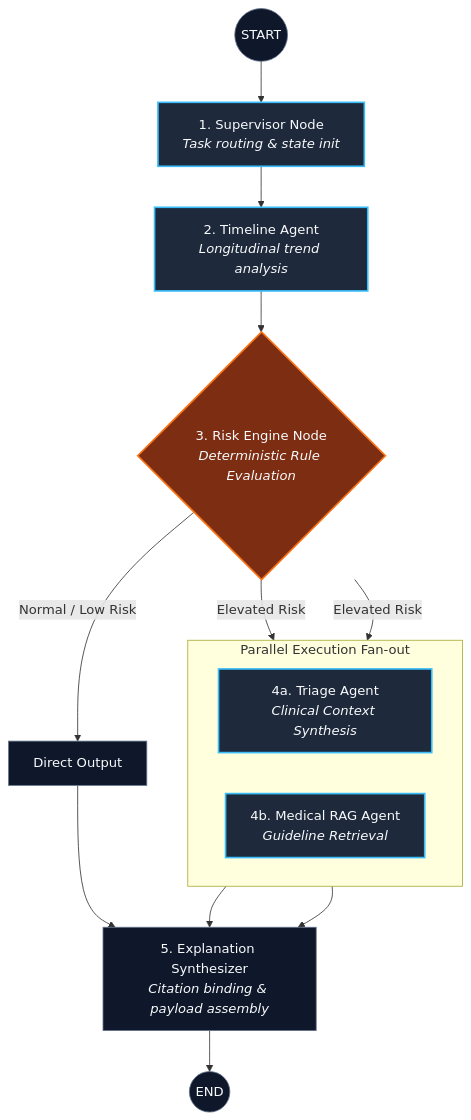
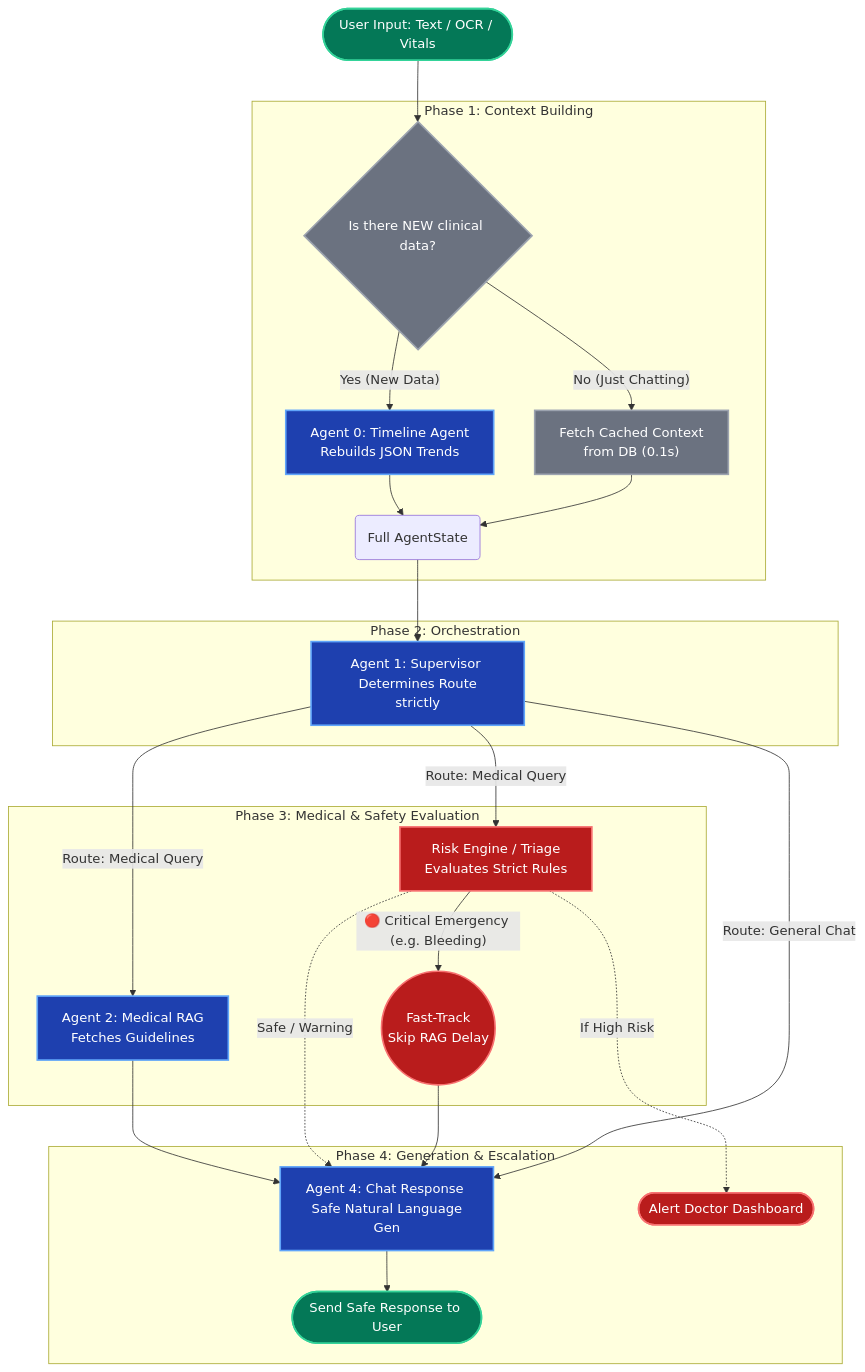
One commit to SayedELMASRY2/medical-system changed the diagram in docs/ai/multi-agent-architecture.md. Above: the diagram before and after it, drawn with Mermaid. The commit also changed other lines of this file and 8 other files, not shown here.

Commit message:
refactor: resolve full-stack schema conflicts and pivot to Timeline-First AI topology

````diff
--- a/docs/ai/multi-agent-architecture.md
+++ b/docs/ai/multi-agent-architecture.md
@@ -36,28 +7,38 @@
 ```mermaid
 flowchart TD
-    START((START)) --> Supervisor["1. Supervisor Node<br/><i>Task routing & state init</i>"]
-    Supervisor --> Timeline["2. Timeline Agent<br/><i>Longitudinal trend analysis</i>"]
-    Timeline --> RiskEngine{"3. Risk Engine Node<br/><i>Deterministic Rule Evaluation</i>"}
+    %% Styling
+    classDef agent fill:#1e40af,stroke:#60a5fa,stroke-width:2px,color:white;
+    classDef engine fill:#b91c1c,stroke:#f87171,stroke-width:2px,color:white;
+    classDef start fill:#047857,stroke:#34d399,stroke-width:2px,color:white;
+    classDef decision fill:#6b7280,stroke:#9ca3af,stroke-width:2px,color:white;
+
+    User(["User Input: Text / OCR / Vitals"]):::start --> Cache{"Is there NEW clinical data?"}:::decision
     
-    RiskEngine -->|Elevated Risk| TriageAgent["4a. Triage Agent<br/><i>Clinical Context Synthesis</i>"]
-    RiskEngine -->|Elevated Risk| RAGAgent["4b. Medical RAG Agent<br/><i>Guideline Retrieval</i>"]
-    RiskEngine -->|Normal / Low Risk| DirectSynth["Direct Output"]
-
-    subgraph Parallel ["Parallel Execution Fan-out"]
-        direction LR
-        TriageAgent
-        RAGAgent
+    subgraph S0 ["Phase 1: Context Building"]
+        Cache -- "Yes (New Data)" --> Timeline["Agent 0: Timeline Agent <br> Rebuilds JSON Trends"]:::agent
+        Cache -- "No (Just Chatting)" --> Fetch["Fetch Cached Context <br> from DB (0.1s)"]:::decision
+        Timeline --> SuperInput
+        Fetch --> SuperInput
     end
-
-    TriageAgent --> Synth["5. Explanation Synthesizer<br/><i>Citation binding & payload assembly</i>"]
-    RAGAgent --> Synth
-    DirectSynth --> Synth
-    Synth --> END((END))
-
-    classDef agent fill:#1e293b,stroke:#38bdf8,stroke-width:2px,color:#f8fafc;
-    classDef engine fill:#7c2d12,stroke:#f97316,stroke-width:2px,color:#f8fafc;
-    classDef node fill:#0f172a,stroke:#64748b,stroke-width:1px,color:#f8fafc;
-    class Supervisor,Timeline,TriageAgent,RAGAgent agent;
-    class RiskEngine engine;
-    class Synth,DirectSynth node;
+    
+    subgraph S1 ["Phase 2: Orchestration"]
+        SuperInput("Full AgentState") --> Supervisor["Agent 1: Supervisor <br> Determines Route strictly"]:::agent
+    end
+    
+    subgraph S2 ["Phase 3: Medical & Safety Evaluation"]
+        Supervisor -- "Route: Medical Query" --> Triage["Risk Engine / Triage <br> Evaluates Strict Rules"]:::engine
+        Supervisor -- "Route: Medical Query" --> RAG["Agent 2: Medical RAG <br> Fetches Guidelines"]:::agent
+        
+        Triage -- "🔴 Critical Emergency (e.g. Bleeding)" --> FastTrack(("Fast-Track <br> Skip RAG Delay")):::engine
+    end
+    
+    subgraph S3 ["Phase 4: Generation & Escalation"]
+        RAG --> Chat["Agent 4: Chat Response <br> Safe Natural Language Gen"]:::agent
+        Triage -. "Safe / Warning" .-> Chat
+        FastTrack --> Chat
+        Supervisor -- "Route: General Chat" --> Chat
+        
+        Chat --> Output(["Send Safe Response to User"]):::start
+        Triage -. "If High Risk" .-> Dash(["Alert Doctor Dashboard"]):::engine
+    end
 ```
````
